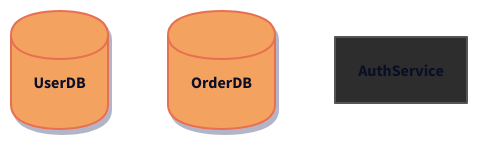
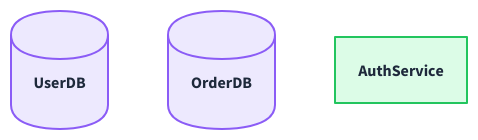
Diagram 11 of 20 in patra-api/docs/.claude/memories/d2.md (linqibin0826/patra), drawn with D2 before and after one commit. The commit also changed other lines of this file and 1 other file, not shown here.

First line of the commit message:
docs(memories): 优化图表规范颜色为浅色模式友好的 Tailwind 调色板

````diff
--- a/patra-api/docs/.claude/memories/d2.md
+++ b/patra-api/docs/.claude/memories/d2.md
@@ -212,24 +213,36 @@
 ```d2
-# ✅ 正确：定义一次，到处使用
+# ✅ 正确：定义一次，到处使用（浅色模式友好）
 classes: {
   datastore: {
     shape: cylinder
     style: {
-      fill: "#f4a261"
-      stroke: "#e76f51"
-      shadow: true
+      fill: "#ede9fe"
+      stroke: "#8b5cf6"
+      stroke-width: 2
+      font-color: "#1e293b"
     }
   }
 
   service: {
     style: {
-      fill: "#2d2d2d"
-      stroke: "#555555"
+      fill: "#dcfce7"
+      stroke: "#22c55e"
+      stroke-width: 2
+      font-color: "#1e293b"
+    }
+  }
+
+  layer: {
+    style: {
+      fill: "#f8fafc"
+      stroke: "#64748b"
+      stroke-width: 2
+      font-color: "#1e293b"
     }
   }
 }
 
 UserDB.class: datastore
 OrderDB.class: datastore
 AuthService.class: service
 ```
````
